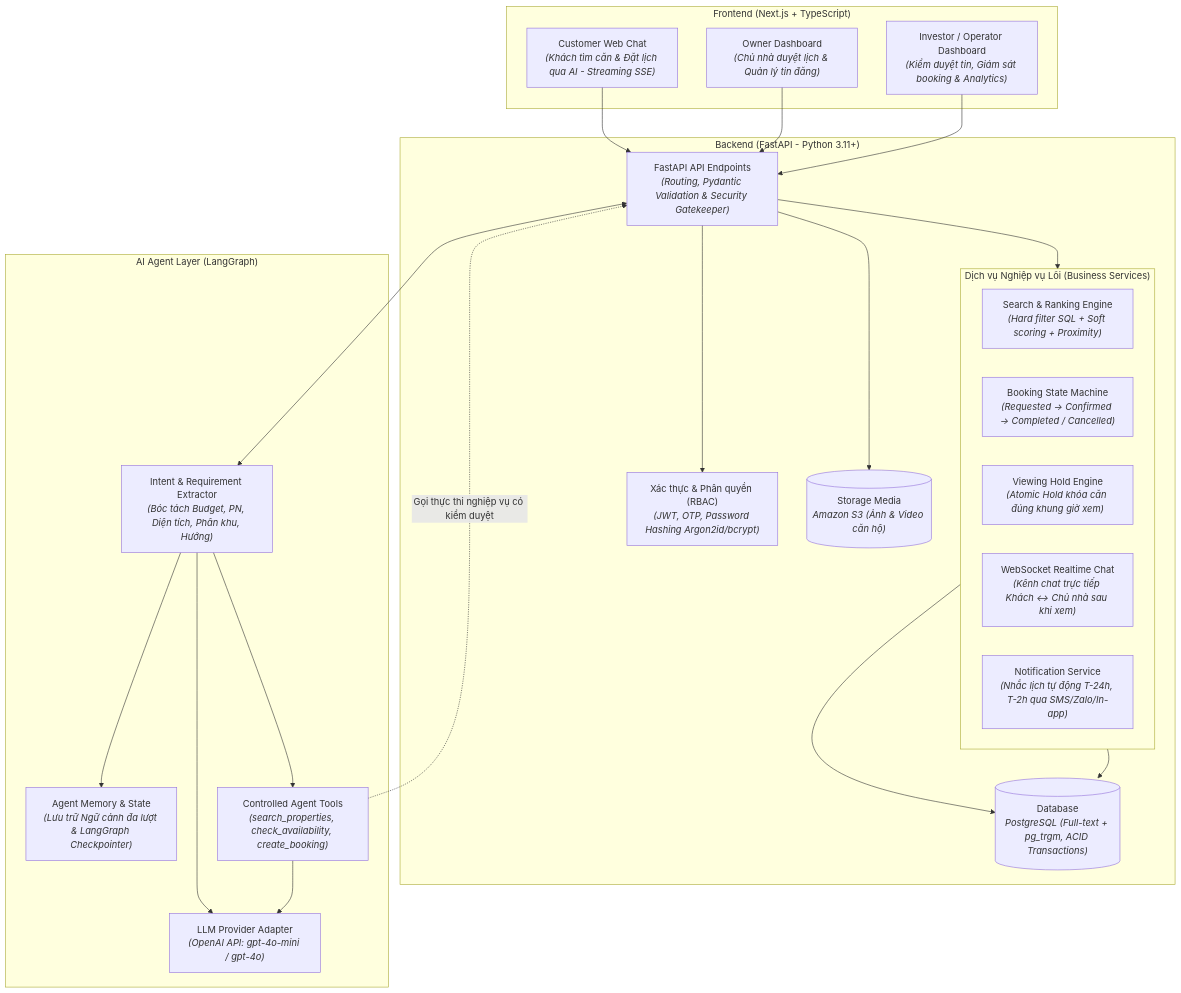
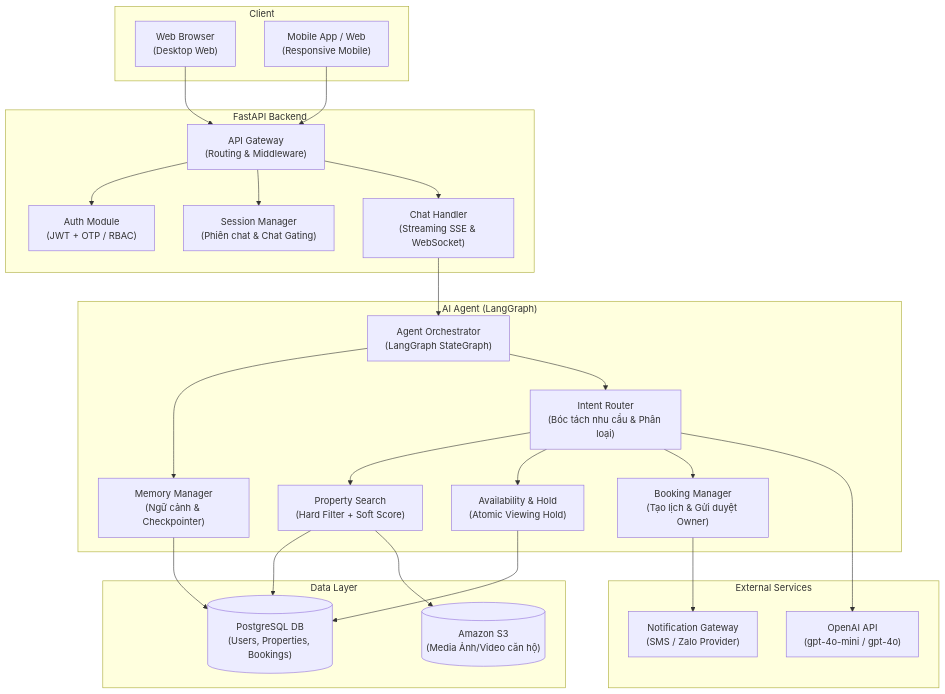
One commit to TaiHoang2501/P001 changed the diagram in DIagram/System Overview Diagram.md. Above: the diagram before and after it, drawn with Mermaid. The commit also changed other lines of this file, not shown here.

Commit message:
Cập nhật System Overview Diagram

````diff
--- a/DIagram/System Overview Diagram.md
+++ b/DIagram/System Overview Diagram.md
@@ -5,67 +5,83 @@
 ```mermaid
 flowchart TD
     %% ==========================================
-    %% 1. FRONTEND LAYER (RESPONSIVE WEB)
+    %% 1. CLIENT LAYER
     %% ==========================================
-    subgraph Frontend["Frontend (Next.js + TypeScript)"]
-        UI["Customer Web Chat<br/><i>(Khách tìm căn & Đặt lịch qua AI - Streaming SSE)</i>"]
-        OWNER_UI["Owner Dashboard<br/><i>(Chủ nhà duyệt lịch & Quản lý tin đăng)</i>"]
-        ADMIN_UI["Investor / Operator Dashboard<br/><i>(Kiểm duyệt tin, Giám sát booking & Analytics)</i>"]
+    subgraph Client["Client"]
+        WEB["Web Browser<br/>(Desktop Web)"]
+        MOBILE["Mobile App / Web<br/>(Responsive Mobile)"]
     end
 
     %% ==========================================
-    %% 2. BACKEND LAYER (SOURCE OF TRUTH)
+    %% 2. FASTAPI BACKEND LAYER
     %% ==========================================
-    subgraph Backend["Backend (FastAPI - Python 3.11+)"]
-        API["FastAPI API Endpoints<br/><i>(Routing, Pydantic Validation & Security Gatekeeper)</i>"]
-        AUTH["Xác thực & Phân quyền (RBAC)<br/><i>(JWT, OTP, Password Hashing Argon2id/bcrypt)</i>"]
-        
-        subgraph CoreServices["Dịch vụ Nghiệp vụ Lõi (Business Services)"]
-            SEARCH_ENG["Search & Ranking Engine<br/><i>(Hard filter SQL + Soft scoring + Proximity)</i>"]
-            BOOKING_SM["Booking State Machine<br/><i>(Requested → Confirmed → Completed / Cancelled)</i>"]
-            HOLD_ENG["Viewing Hold Engine<br/><i>(Atomic Hold khóa căn đúng khung giờ xem)</i>"]
-            WS_CHAT["WebSocket Realtime Chat<br/><i>(Kênh chat trực tiếp Khách ↔ Chủ nhà sau khi xem)</i>"]
-            NOTIFY_SVC["Notification Service<br/><i>(Nhắc lịch tự động T-24h, T-2h qua SMS/Zalo/In-app)</i>"]
-        end
-
-        DB[("Database<br/><i>PostgreSQL (Full-text + pg_trgm, ACID Transactions)</i>")]
-        MEDIA[("Storage Media<br/><i>Amazon S3 (Ảnh & Video căn hộ)</i>")]
+    subgraph Backend["FastAPI Backend"]
+        GW["API Gateway<br/>(Routing & Middleware)"]
+        AUTH["Auth Module<br/>(JWT + OTP / RBAC)"]
+        SESSION["Session Manager<br/>(Phiên chat & Chat Gating)"]
+        CHAT_HANDLER["Chat Handler<br/>(Streaming SSE & WebSocket)"]
     end
 
     %% ==========================================
-    %% 3. AI AGENT LAYER (ORCHESTRATOR)
+    %% 3. AI AGENT LAYER (LANGGRAPH)
     %% ==========================================
-    subgraph Agent["AI Agent Layer (LangGraph)"]
-        ROUTER["Intent & Requirement Extractor<br/><i>(Bóc tách Budget, PN, Diện tích, Phân khu, Hướng)</i>"]
-        MEM["Agent Memory & State<br/><i>(Lưu trữ Ngữ cảnh đa lượt & LangGraph Checkpointer)</i>"]
-        TOOLS["Controlled Agent Tools<br/><i>(search_properties, check_availability, create_booking)</i>"]
-        LLM["LLM Provider Adapter<br/><i>(OpenAI API: gpt-4o-mini / gpt-4o)</i>"]
+    subgraph Agent["AI Agent (LangGraph)"]
+        ORCH["Agent Orchestrator<br/>(LangGraph StateGraph)"]
+        MEM["Memory Manager<br/>(Ngữ cảnh & Checkpointer)"]
+        ROUTER["Intent Router<br/>(Bóc tách nhu cầu & Phân loại)"]
+        
+        TOOL_SEARCH["Property Search<br/>(Hard Filter + Soft Score)"]
+        TOOL_AVAIL["Availability & Hold<br/>(Atomic Viewing Hold)"]
+        TOOL_BOOK["Booking Manager<br/>(Tạo lịch & Gửi duyệt Owner)"]
     end
 
     %% ==========================================
-    %% CONNECTIONS & INTERACTIONS
+    %% 4. DATA LAYER
     %% ==========================================
-    %% Frontend -> Backend API Endpoints
-    UI --> API
-    OWNER_UI --> API
-    ADMIN_UI --> API
+    subgraph DataLayer["Data Layer"]
+        DB[("PostgreSQL DB<br/>(Users, Properties, Bookings)")]
+        S3[("Amazon S3<br/>(Media Ảnh/Video căn hộ)")]
+    end
 
-    %% Backend API liên kết với các Dịch vụ & Dữ liệu
-    API --> AUTH
-    API --> CoreServices
-    CoreServices --> DB
-    API --> MEDIA
-    CoreServices --> DB
+    %% ==========================================
+    %% 5. EXTERNAL SERVICES
+    %% ==========================================
+    subgraph External["External Services"]
+        LLM["OpenAI API<br/>(gpt-4o-mini / gpt-4o)"]
+        NOTIF["Notification Gateway<br/>(SMS / Zalo Provider)"]
+    end
 
-    %% Giao tiếp giữa Backend và AI Agent
-    API <--> ROUTER
+    %% ==========================================
+    %% CÁC ĐƯỜNG KẾT NỐI (HIERARCHICAL FLOW)
+    %% ==========================================
+    %% Client -> Backend
+    WEB --> GW
+    MOBILE --> GW
 
-    %% Trong nội bộ AI Agent
-    ROUTER --> MEM
-    ROUTER --> TOOLS
+    %% Backend Router phân nhánh nội bộ
+    GW --> AUTH
+    GW --> SESSION
+    GW --> CHAT_HANDLER
+
+    %% Backend Chat Handler -> AI Agent Orchestrator
+    CHAT_HANDLER --> ORCH
+
+    %% Agent Orchestrator điều phối nội bộ
+    ORCH --> MEM
+    ORCH --> ROUTER
+
+    %% Intent Router gọi các Tools
+    ROUTER --> TOOL_SEARCH
+    ROUTER --> TOOL_AVAIL
+    ROUTER --> TOOL_BOOK
+
+    %% Kết nối tới Data Layer
+    MEM --> DB
+    TOOL_SEARCH --> DB
+    TOOL_SEARCH --> S3
+    TOOL_AVAIL --> DB
+
+    %% Kết nối tới External Services
     ROUTER --> LLM
-    TOOLS --> LLM
-
-    %% Tool execution: Agent gọi Tools -> Backend thực thi có kiểm soát
-    TOOLS -. "Gọi thực thi nghiệp vụ có kiểm duyệt" .-> API
+    TOOL_BOOK --> NOTIF
 ```
````
